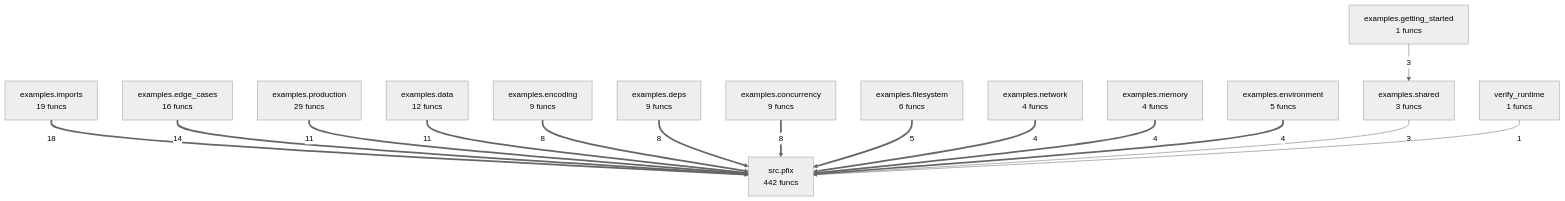
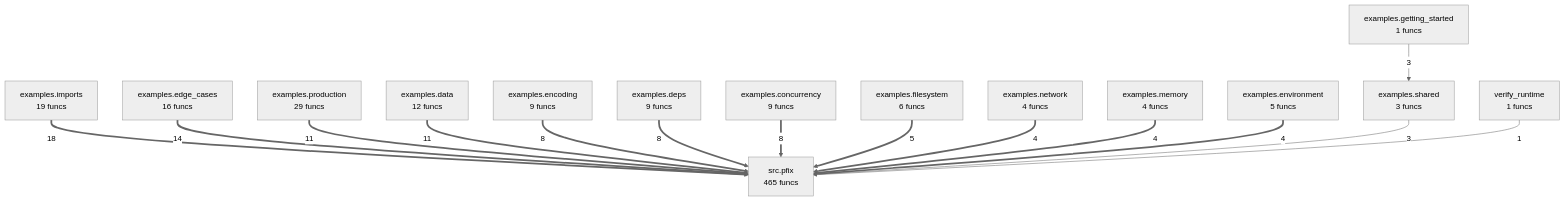
The diagram in project/compact_flow.mmd (semcod/pfix), drawn with Mermaid (neutral theme) before and after one commit. The commit also changed 28 other files, not shown here.

```diff
--- a/project/compact_flow.mmd
+++ b/project/compact_flow.mmd
@@ -1,30 +1,30 @@
 flowchart TD
     examples__concurrency["examples.concurrency<br/>9 funcs"]
     examples__data["examples.data<br/>12 funcs"]
     examples__deps["examples.deps<br/>9 funcs"]
     examples__edge_cases["examples.edge_cases<br/>16 funcs"]
     examples__encoding["examples.encoding<br/>9 funcs"]
     examples__environment["examples.environment<br/>5 funcs"]
     examples__filesystem["examples.filesystem<br/>6 funcs"]
     examples__getting_started["examples.getting_started<br/>1 funcs"]
     examples__imports["examples.imports<br/>19 funcs"]
     examples__memory["examples.memory<br/>4 funcs"]
     examples__network["examples.network<br/>4 funcs"]
     examples__production["examples.production<br/>29 funcs"]
     examples__shared["examples.shared<br/>3 funcs"]
-    src__pfix["src.pfix<br/>442 funcs"]
+    src__pfix["src.pfix<br/>465 funcs"]
     verify_runtime["verify_runtime<br/>1 funcs"]
     examples__imports ==>|18| src__pfix
     examples__edge_cases ==>|14| src__pfix
     examples__production ==>|11| src__pfix
     examples__data ==>|11| src__pfix
     examples__encoding ==>|8| src__pfix
     examples__deps ==>|8| src__pfix
     examples__concurrency ==>|8| src__pfix
     examples__filesystem ==>|5| src__pfix
     examples__network ==>|4| src__pfix
     examples__memory ==>|4| src__pfix
     examples__environment ==>|4| src__pfix
     examples__shared -->|3| src__pfix
     examples__getting_started -->|3| examples__shared
     verify_runtime -->|1| src__pfix
```
